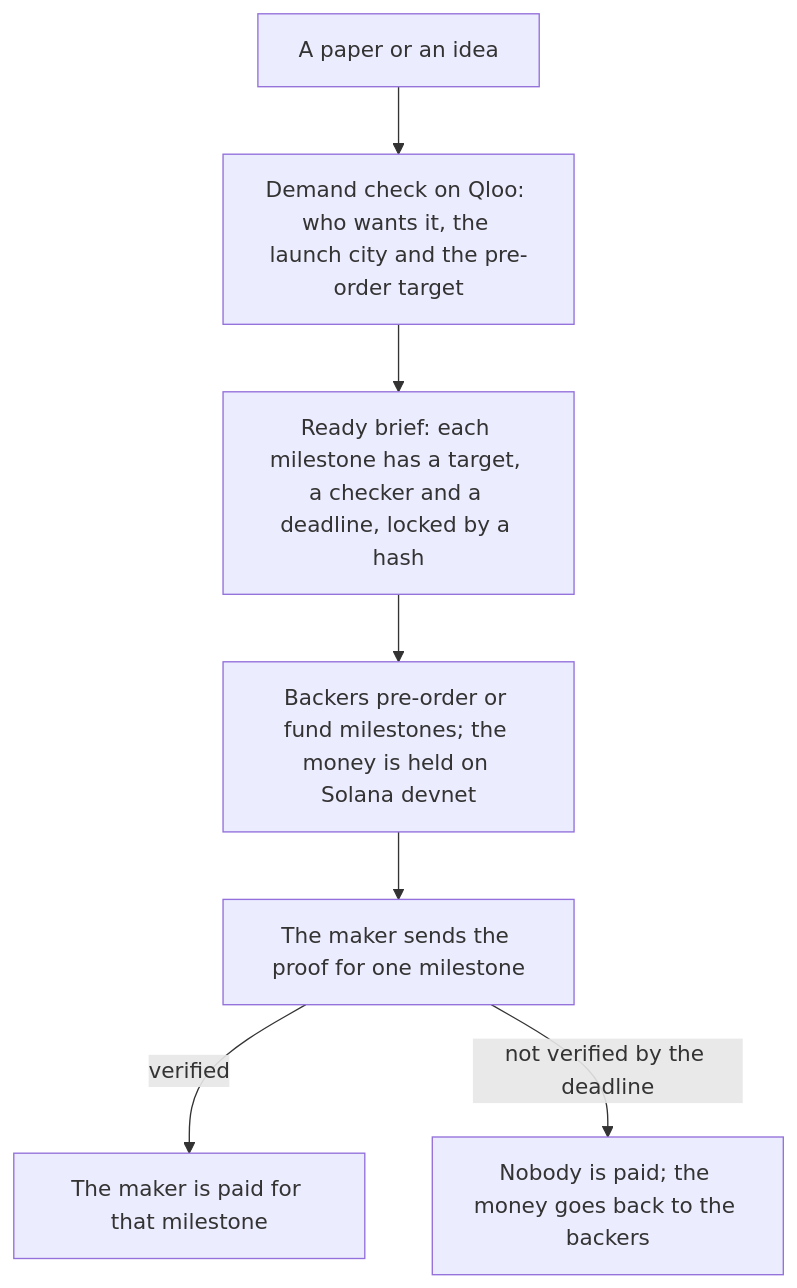
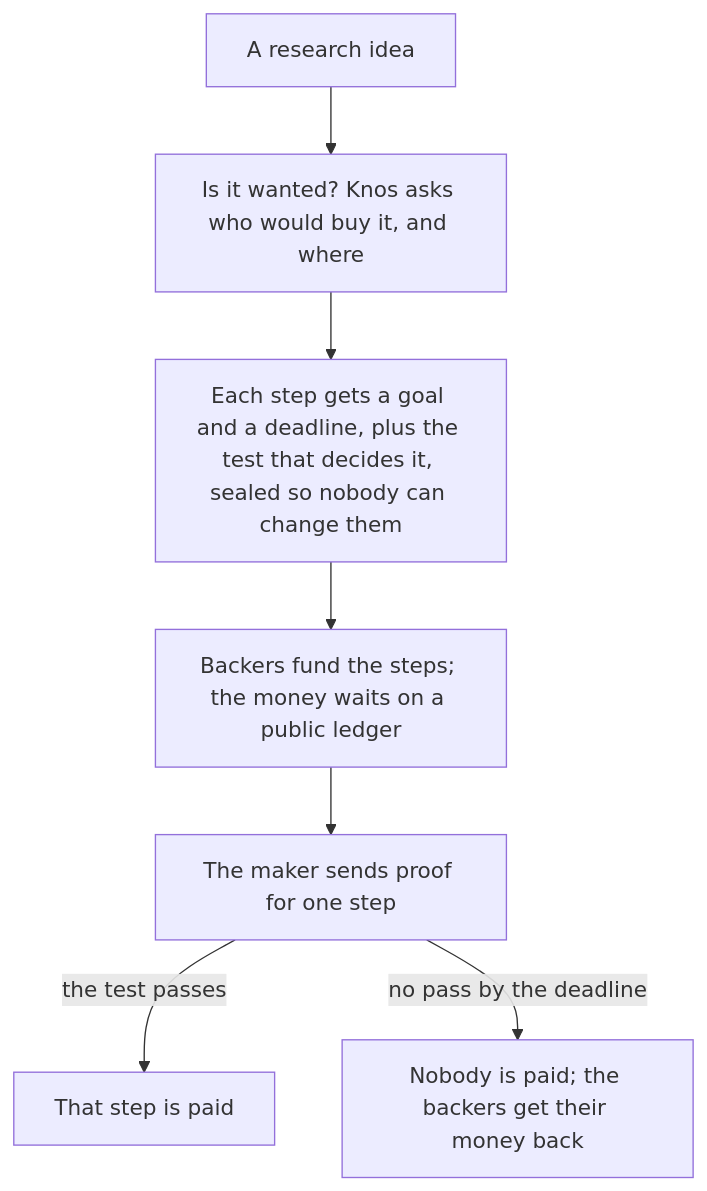
The first of 4 diagrams in docs/reference/DIAGRAMS.md (drexthealpha/Knos), drawn with Mermaid before and after one commit. The commit also changed other lines of this file and 5 other files, not shown here.

Commit message:
README diagrams in plain words

````diff
--- a/docs/reference/DIAGRAMS.md
+++ b/docs/reference/DIAGRAMS.md
@@ -7,9 +7,9 @@
 ```mermaid
 flowchart TB
-    idea["A paper or an idea"] --> demand["Demand check on Qloo: who wants it, the launch city and the pre-order target"]
-    demand --> ready["Ready brief: each milestone has a target, a checker and a deadline, locked by a hash"]
-    ready --> held["Backers pre-order or fund milestones; the money is held on Solana devnet"]
-    held --> proof["The maker sends the proof for one milestone"]
-    proof -->|verified| paid["The maker is paid for that milestone"]
-    proof -->|not verified by the deadline| back["Nobody is paid; the money goes back to the backers"]
+    idea["A research idea"] --> demand["Is it wanted? Knos asks who would buy it, and where"]
+    demand --> ready["Each step gets a goal and a deadline, plus the test that decides it, sealed so nobody can change them"]
+    ready --> held["Backers fund the steps; the money waits on a public ledger"]
+    held --> proof["The maker sends proof for one step"]
+    proof -->|the test passes| paid["That step is paid"]
+    proof -->|no pass by the deadline| back["Nobody is paid; the backers get their money back"]
 ```
````
